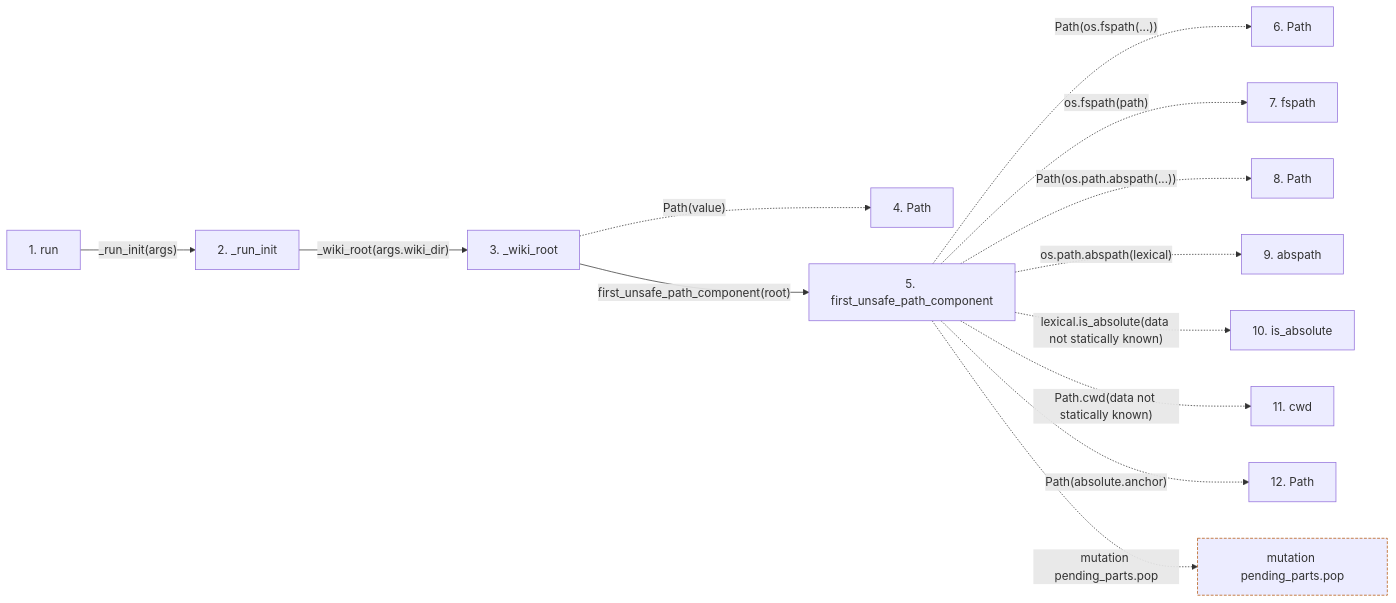
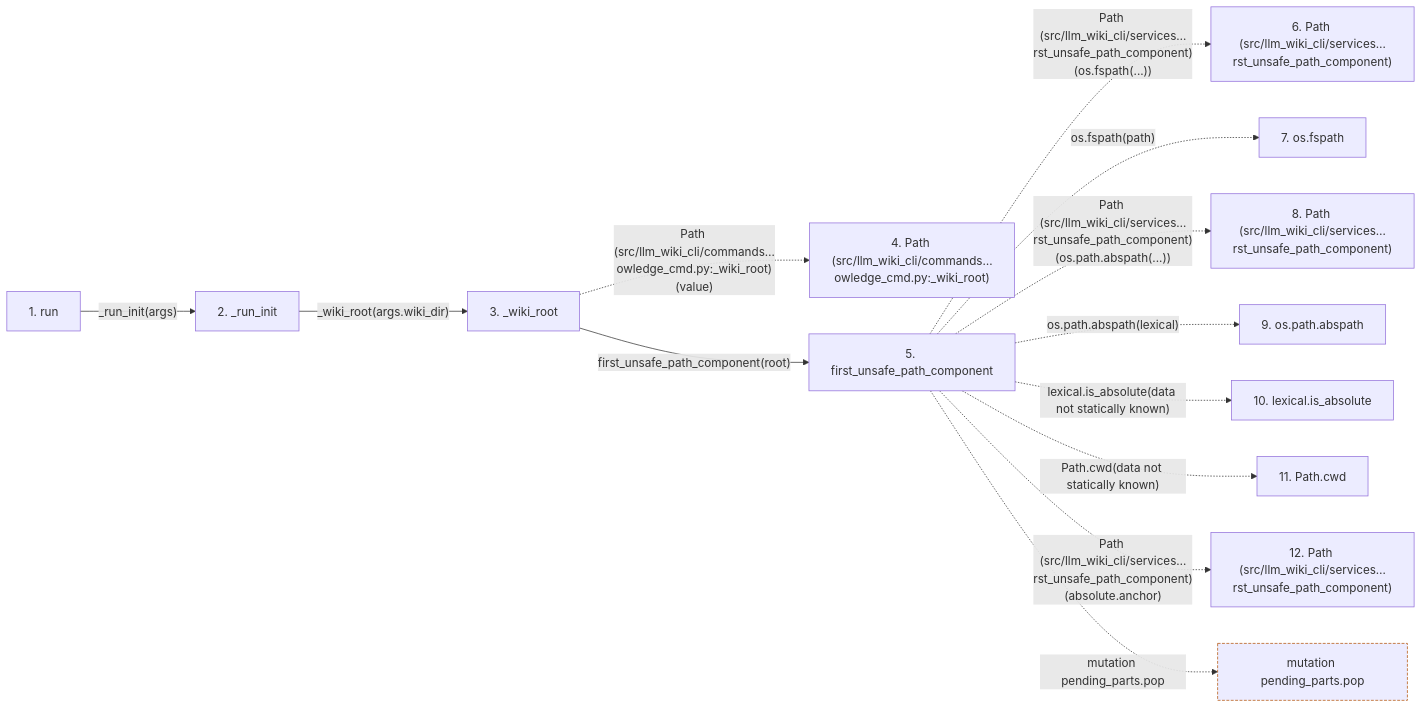
The second of 2 diagrams in docs/llm_wiki/flows/api-run-knowledge_cmd.md (Denissvgn/python-wiki-llm), drawn with Mermaid before and after one commit. The commit also changed other lines of this file and 719 other files, not shown here.

````diff
--- a/docs/llm_wiki/flows/api-run-knowledge_cmd.md
+++ b/docs/llm_wiki/flows/api-run-knowledge_cmd.md
@@ -88,34 +91,34 @@
 ```mermaid
 flowchart LR
     s1["1. run"]
     s2["2. _run_init"]
     s3["3. _wiki_root"]
-    s4["4. Path"]
+    s4["4. Path (src/llm_wiki_cli/commands…owledge_cmd.py:_wiki_root)"]
     s5["5. first_unsafe_path_component"]
-    s6["6. Path"]
-    s7["7. fspath"]
-    s8["8. Path"]
-    s9["9. abspath"]
-    s10["10. is_absolute"]
-    s11["11. cwd"]
-    s12["12. Path"]
+    s6["6. Path (src/llm_wiki_cli/services…rst_unsafe_path_component)"]
+    s7["7. os.fspath"]
+    s8["8. Path (src/llm_wiki_cli/services…rst_unsafe_path_component)"]
+    s9["9. os.path.abspath"]
+    s10["10. lexical.is_absolute"]
+    s11["11. Path.cwd"]
+    s12["12. Path (src/llm_wiki_cli/services…rst_unsafe_path_component)"]
     s1 -->|"_run_init(args)"| s2
     s2 -->|"_wiki_root(args.wiki_dir)"| s3
-    s3 -. "Path(value)" .-> s4
+    s3 -. "Path (src/llm_wiki_cli/commands…owledge_cmd.py:_wiki_root)(value)" .-> s4
     s3 -->|"first_unsafe_path_component(root)"| s5
-    s5 -. "Path(os.fspath(...))" .-> s6
+    s5 -. "Path (src/llm_wiki_cli/services…rst_unsafe_path_component)(os.fspath(...))" .-> s6
     s5 -. "os.fspath(path)" .-> s7
-    s5 -. "Path(os.path.abspath(...))" .-> s8
+    s5 -. "Path (src/llm_wiki_cli/services…rst_unsafe_path_component)(os.path.abspath(...))" .-> s8
     s5 -. "os.path.abspath(lexical)" .-> s9
     s5 -. "lexical.is_absolute(data not statically known)" .-> s10
     s5 -. "Path.cwd(data not statically known)" .-> s11
-    s5 -. "Path(absolute.anchor)" .-> s12
+    s5 -. "Path (src/llm_wiki_cli/services…rst_unsafe_path_component)(absolute.anchor)" .-> s12
     b0["mutation pending_parts.pop"]
     s5 -. "mutation pending_parts.pop" .-> b0
     click s1 "../modules/knowledge_cmd.md"
     click s2 "../modules/knowledge_cmd.md"
     click s3 "../modules/knowledge_cmd.md"
     click s5 "../modules/io.md"
     classDef boundary stroke:#b45309,stroke-dasharray: 4 2
     class b0 boundary
 ```
````
